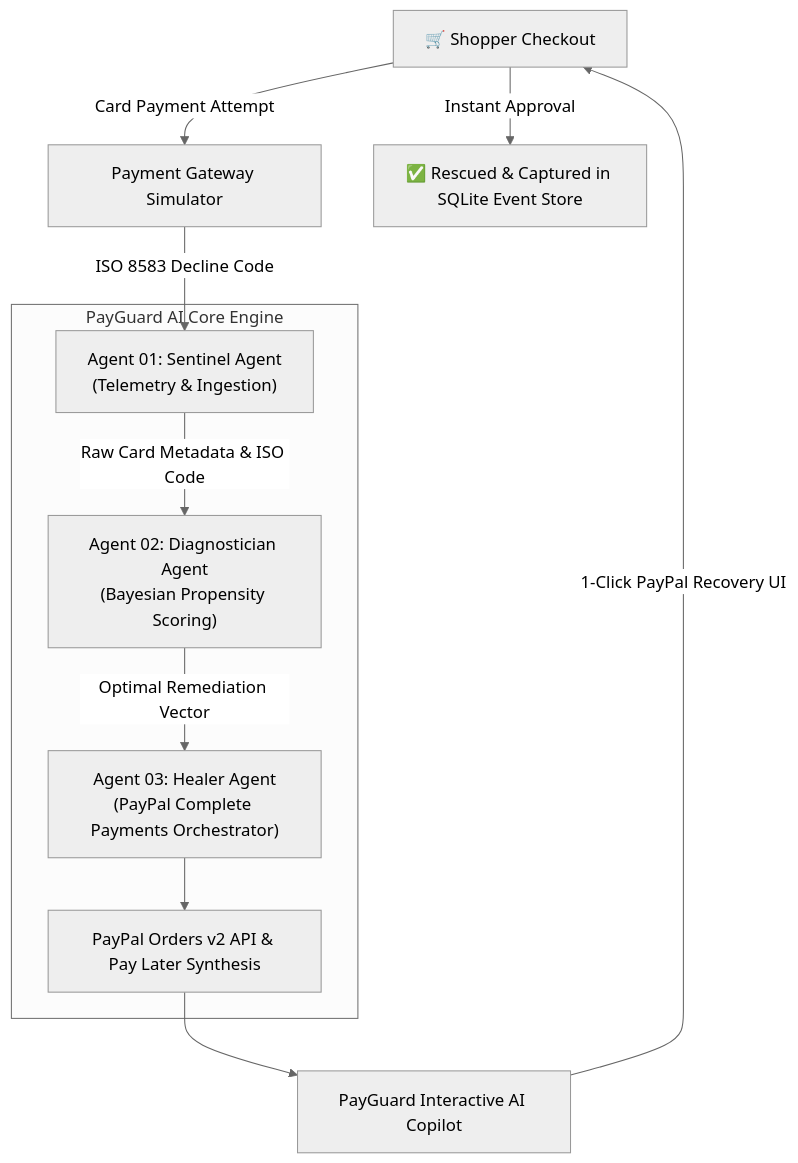
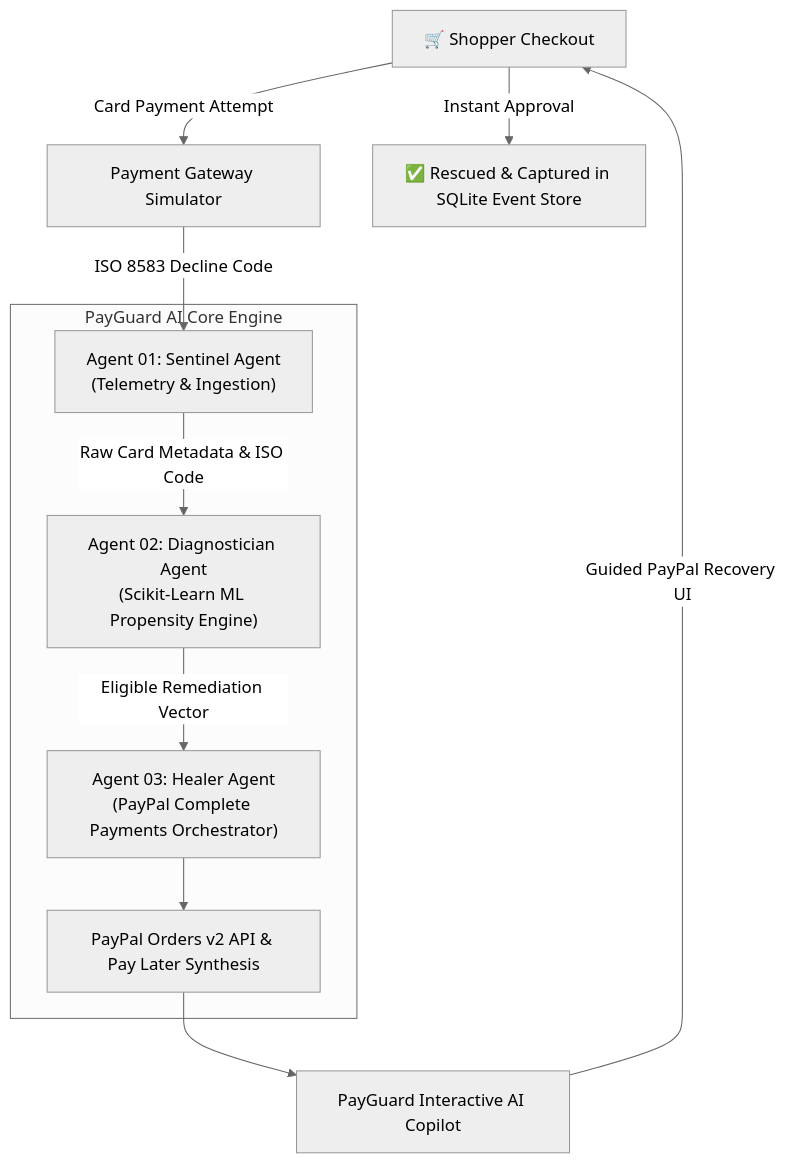
One commit to kpunia306/payguard-ai changed the diagram in README.md. Above: the diagram before and after it, drawn with Mermaid (neutral theme). The commit also changed other lines of this file and 4 other files, not shown here.

````diff
--- a/README.md
+++ b/README.md
@@ -27,15 +29,15 @@
 ```mermaid
 flowchart TD
     User["🛒 Shopper Checkout"] -->|Card Payment Attempt| Gateway["Payment Gateway Simulator"]
     Gateway -->|ISO 8583 Decline Code| Sentinel["Agent 01: Sentinel Agent\n(Telemetry & Ingestion)"]
     
     subgraph PayGuard AI Core Engine
-        Sentinel -->|Raw Card Metadata & ISO Code| Diagnostician["Agent 02: Diagnostician Agent\n(Bayesian Propensity Scoring)"]
-        Diagnostician -->|Optimal Remediation Vector| Healer["Agent 03: Healer Agent\n(PayPal Complete Payments Orchestrator)"]
+        Sentinel -->|Raw Card Metadata & ISO Code| Diagnostician["Agent 02: Diagnostician Agent\n(Scikit-Learn ML Propensity Engine)"]
+        Diagnostician -->|Eligible Remediation Vector| Healer["Agent 03: Healer Agent\n(PayPal Complete Payments Orchestrator)"]
         Healer --> OrdersV2["PayPal Orders v2 API & Pay Later Synthesis"]
     end
     
     OrdersV2 --> Copilot["PayGuard Interactive AI Copilot"]
-    Copilot -->|1-Click PayPal Recovery UI| User
+    Copilot -->|Guided PayPal Recovery UI| User
     User -->|Instant Approval| Captured["✅ Rescued & Captured in SQLite Event Store"]
 ```
````
